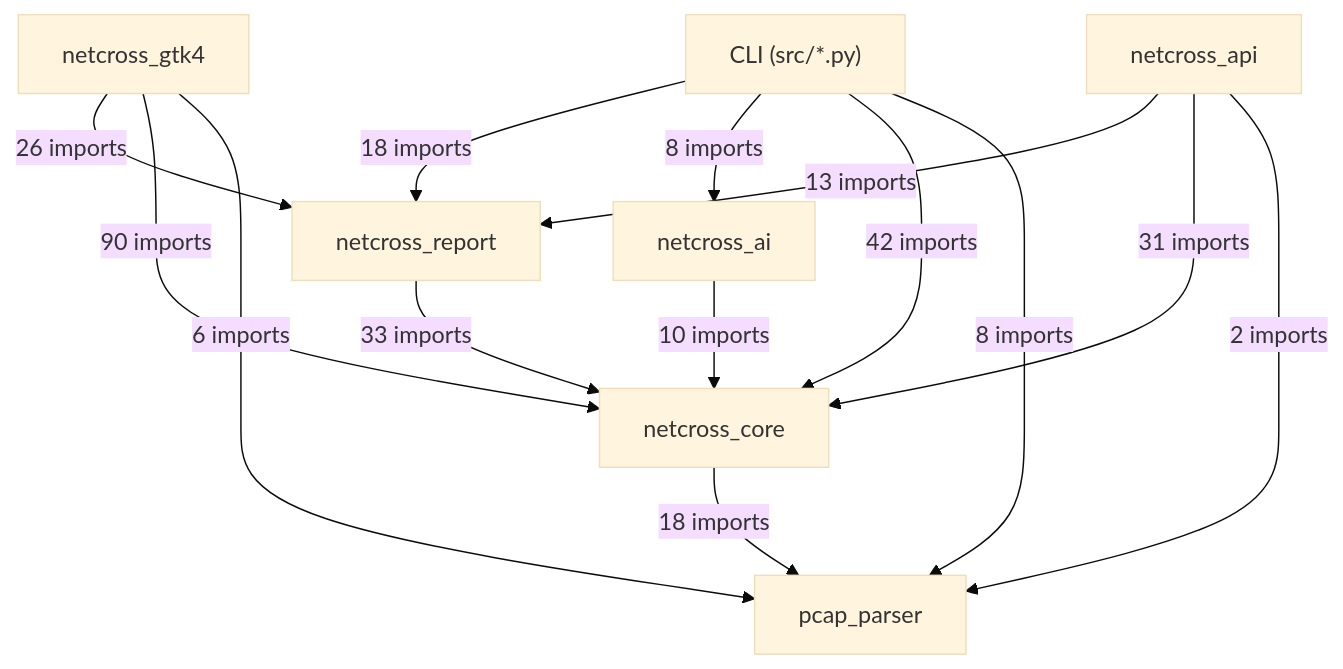
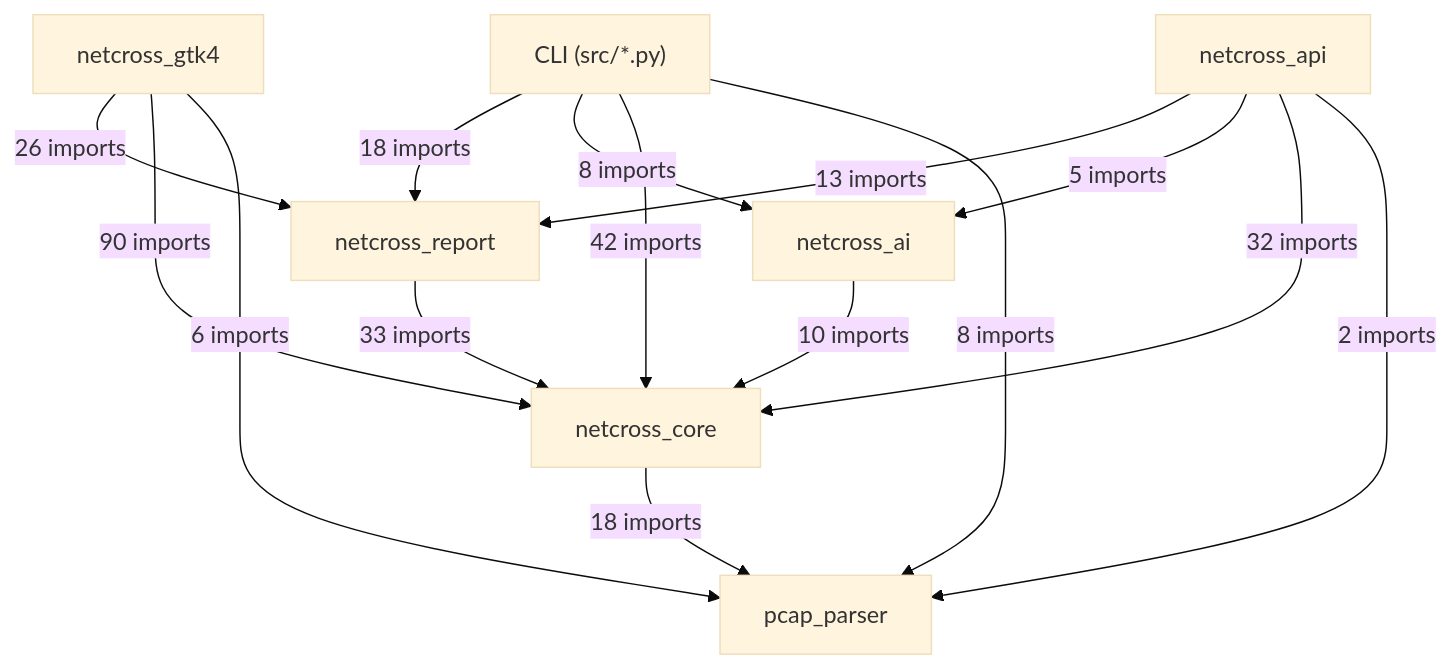
One commit to Mathide-Team/Netcross changed the first of 19 diagrams in docs/class-diagram.md. Above: the diagram before and after it, drawn with Mermaid (base theme). The commit also changed other lines of this file and 6 other files, not shown here.

````diff
--- a/docs/class-diagram.md
+++ b/docs/class-diagram.md
@@ -26,23 +26,24 @@
 ```mermaid
 flowchart TD
     CLI["CLI (src/*.py)"]
     netcross_gtk4["netcross_gtk4"]
     netcross_api["netcross_api"]
     netcross_report["netcross_report"]
     netcross_ai["netcross_ai"]
     netcross_core["netcross_core"]
     pcap_parser["pcap_parser"]
     CLI -->|"18 imports"| netcross_report
     CLI -->|"8 imports"| netcross_ai
     CLI -->|"42 imports"| netcross_core
     CLI -->|"8 imports"| pcap_parser
     netcross_gtk4 -->|"26 imports"| netcross_report
     netcross_gtk4 -->|"90 imports"| netcross_core
     netcross_gtk4 -->|"6 imports"| pcap_parser
     netcross_api -->|"13 imports"| netcross_report
-    netcross_api -->|"31 imports"| netcross_core
+    netcross_api -->|"5 imports"| netcross_ai
+    netcross_api -->|"32 imports"| netcross_core
     netcross_api -->|"2 imports"| pcap_parser
     netcross_report -->|"33 imports"| netcross_core
     netcross_ai -->|"10 imports"| netcross_core
     netcross_core -->|"18 imports"| pcap_parser
 ```
````
